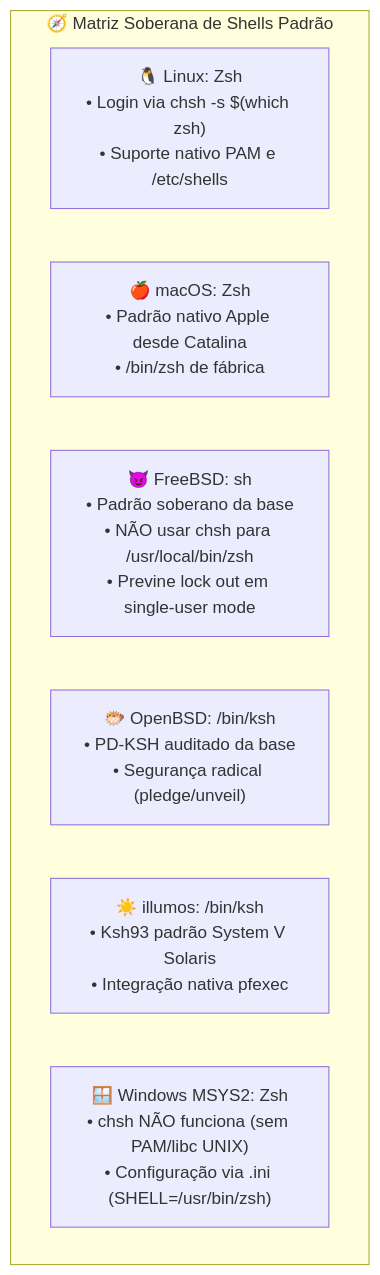
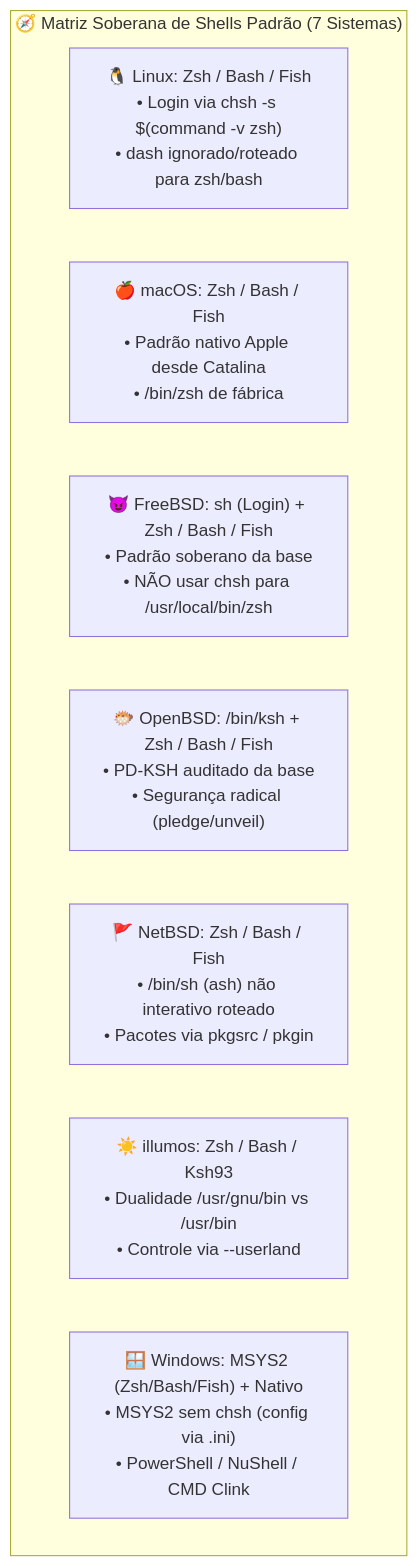
One commit to GabrielFrigo4/shell changed the second of 4 diagrams in docs/ARCHITECTURE.md. Above: the diagram before and after it, drawn with Mermaid. The commit also changed other lines of this file and 117 other files, not shown here.

First line of the commit message:
refactor: harden cross-platform shells, userland-gnu, themes, governance, and docs

````diff
--- a/docs/ARCHITECTURE.md
+++ b/docs/ARCHITECTURE.md
@@ -74,11 +72,12 @@
 ```mermaid
 flowchart TD
-    subgraph UNIX_STANDARDS ["🧭 Matriz Soberana de Shells Padrão"]
-        LINUX["🐧 Linux: Zsh<br/>• Login via chsh -s $(which zsh)<br/>• Suporte nativo PAM e /etc/shells"]
-        MACOS["🍎 macOS: Zsh<br/>• Padrão nativo Apple desde Catalina<br/>• /bin/zsh de fábrica"]
-        FREEBSD["😈 FreeBSD: sh<br/>• Padrão soberano da base<br/>• NÃO usar chsh para /usr/local/bin/zsh<br/>• Previne lock out em single-user mode"]
-        OPENBSD["🐡 OpenBSD: /bin/ksh<br/>• PD-KSH auditado da base<br/>• Segurança radical (pledge/unveil)"]
-        ILLUMOS["☀️ illumos: /bin/ksh<br/>• Ksh93 padrão System V Solaris<br/>• Integração nativa pfexec"]
-        MSYS2["🪟 Windows MSYS2: Zsh<br/>• chsh NÃO funciona (sem PAM/libc UNIX)<br/>• Configuração via .ini (SHELL=/usr/bin/zsh)"]
+    subgraph UNIX_STANDARDS ["🧭 Matriz Soberana de Shells Padrão (7 Sistemas)"]
+        LINUX["🐧 Linux: Zsh / Bash / Fish<br/>• Login via chsh -s $(command -v zsh)<br/>• dash ignorado/roteado para zsh/bash"]
+        MACOS["🍎 macOS: Zsh / Bash / Fish<br/>• Padrão nativo Apple desde Catalina<br/>• /bin/zsh de fábrica"]
+        FREEBSD["😈 FreeBSD: sh (Login) + Zsh / Bash / Fish<br/>• Padrão soberano da base<br/>• NÃO usar chsh para /usr/local/bin/zsh"]
+        OPENBSD["🐡 OpenBSD: /bin/ksh + Zsh / Bash / Fish<br/>• PD-KSH auditado da base<br/>• Segurança radical (pledge/unveil)"]
+        NETBSD["🚩 NetBSD: Zsh / Bash / Fish<br/>• /bin/sh (ash) não interativo roteado<br/>• Pacotes via pkgsrc / pkgin"]
+        ILLUMOS["☀️ illumos: Zsh / Bash / Ksh93<br/>• Dualidade /usr/gnu/bin vs /usr/bin<br/>• Controle via --userland"]
+        MSYS2["🪟 Windows: MSYS2 (Zsh/Bash/Fish) + Nativo<br/>• MSYS2 sem chsh (config via .ini)<br/>• PowerShell / NuShell / CMD Clink"]
     end
 ```
````
